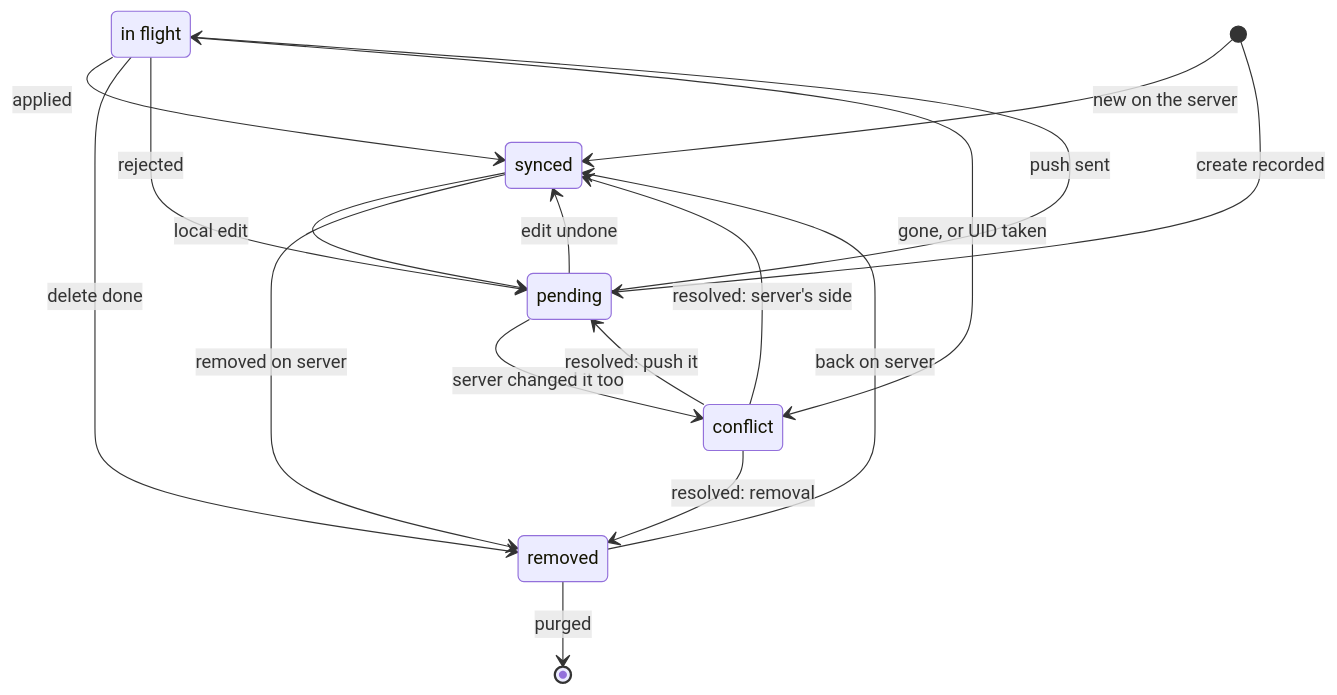
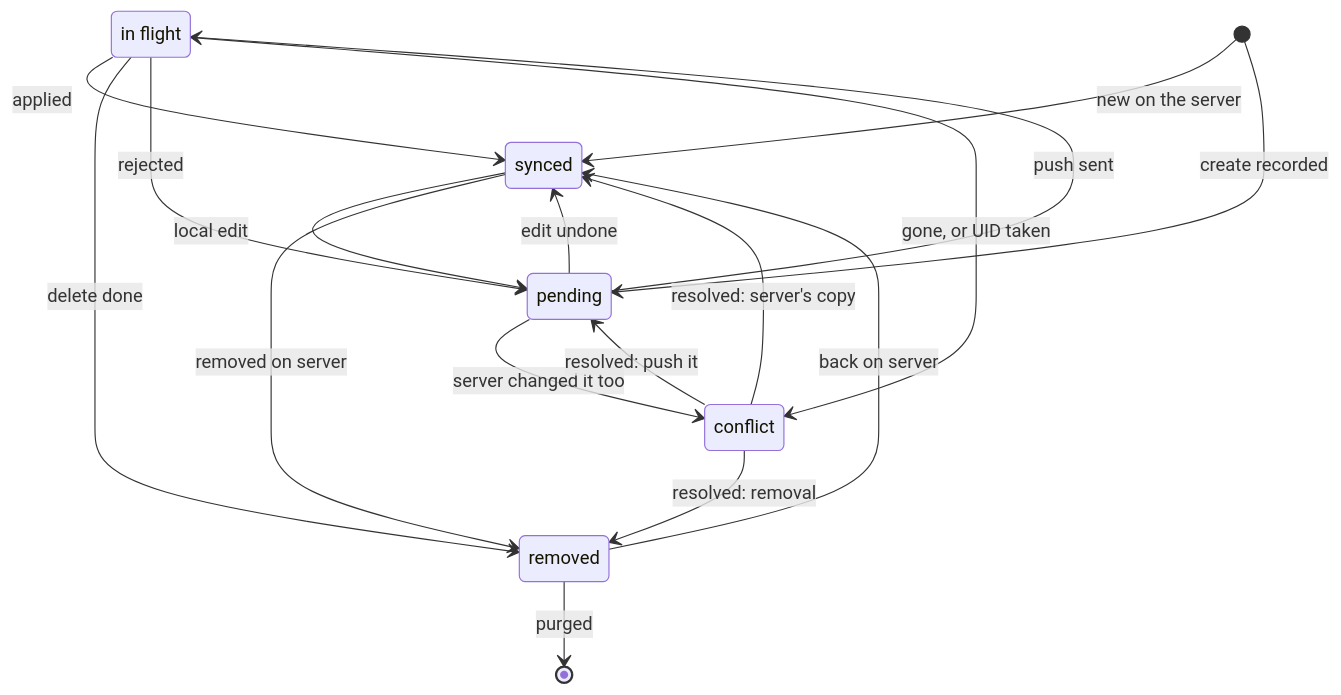
Before and after one commit to PyCalendar/calendaring-sync: the third of 3 diagrams in docs/explanation/design.rst, drawn with Mermaid. The commit also changed other lines of this file and 31 other files, not shown here.

```diff
--- a/docs/explanation/design.rst
+++ b/docs/explanation/design.rst
@@ -168,22 +168,22 @@
 .. mermaid::
 
    stateDiagram-v2
        accTitle: Object states
        accDescr: The main ways a record moves between synced, pending, in flight, conflict, and removed.
        state "in flight" as in_flight
        [*] --> synced: new on the server
        [*] --> pending: create recorded
        synced --> pending: local edit
        synced --> removed: removed on server
        removed --> synced: back on server
        pending --> synced: edit undone
        pending --> in_flight: push sent
        pending --> conflict: server changed it too
        in_flight --> synced: applied
        in_flight --> removed: delete done
        in_flight --> pending: rejected
        in_flight --> conflict: gone, or UID taken
-       conflict --> synced: resolved: server's side
+       conflict --> synced: resolved: server's copy
        conflict --> pending: resolved: push it
        conflict --> removed: resolved: removal
        removed --> [*]: purged
```
